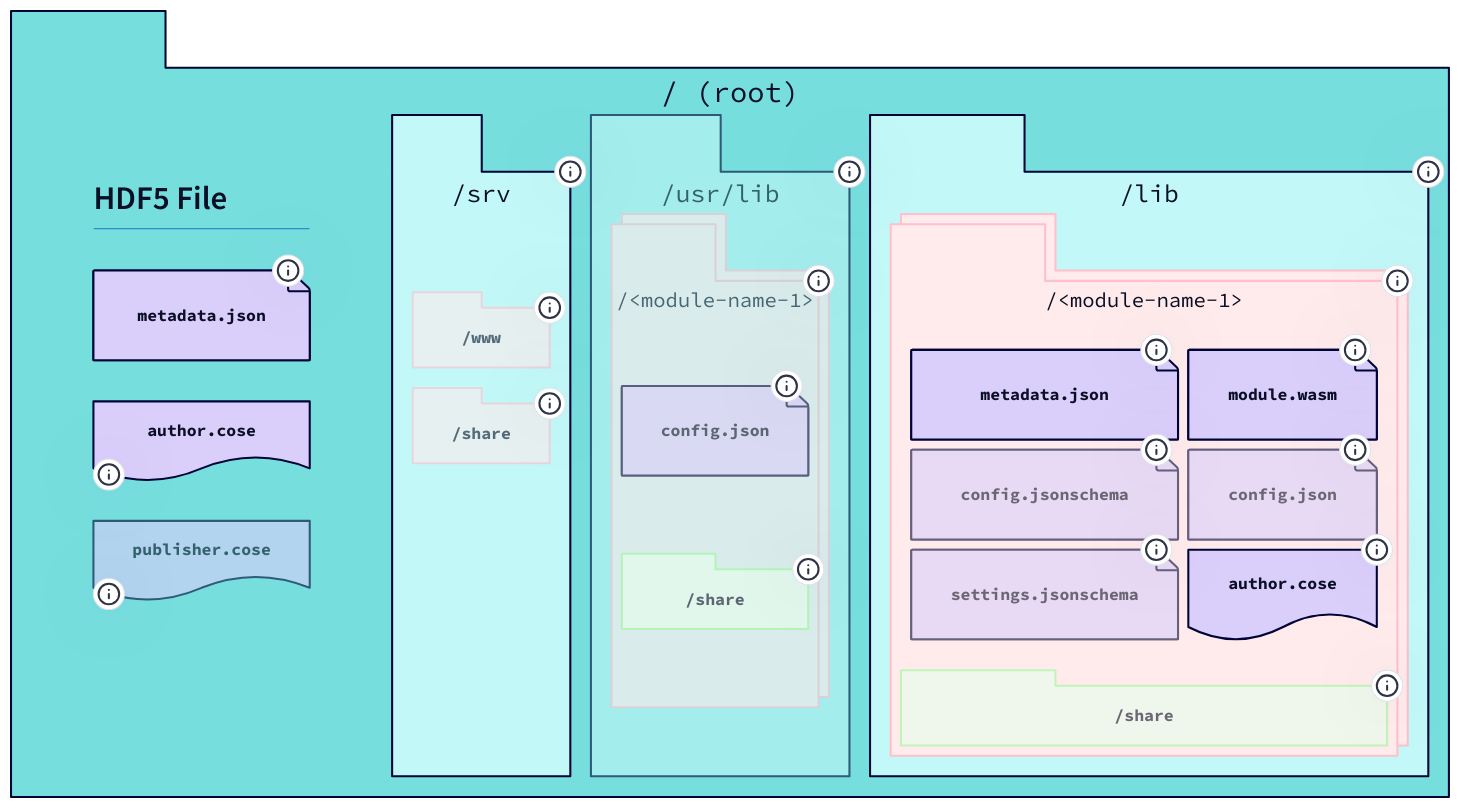
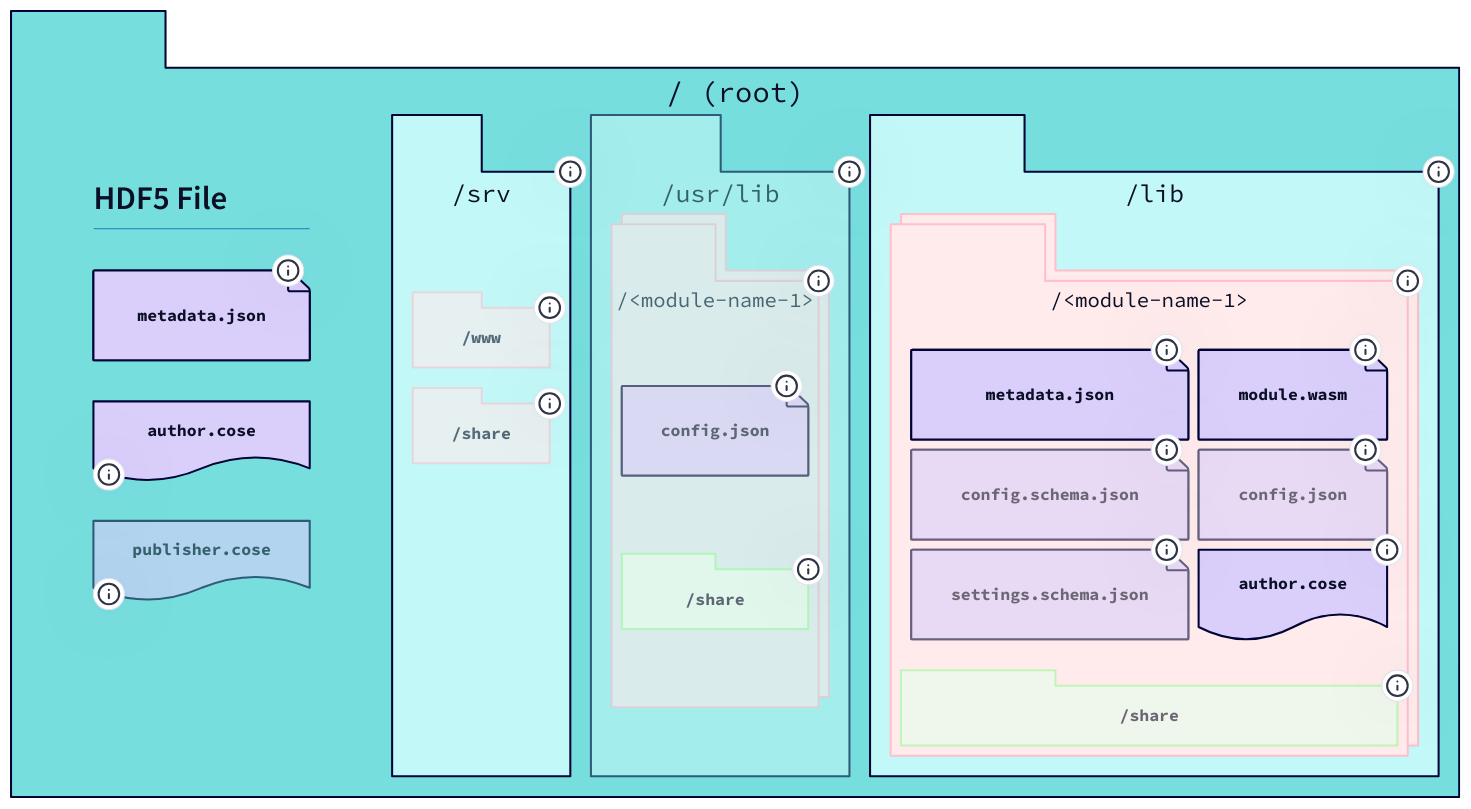
Before and after one commit to input-output-hk/hermes: the diagram in docs/src/architecture/08_concepts/hermes_packaging_requirements/images/application_package_hierarchy.d2, drawn with D2. The commit also changed 5 other files, not shown here.

Commit message:
docs(docs): Include json schemas and examples in docs and fix up references to them.

```diff
--- a/docs/src/architecture/08_concepts/hermes_packaging_requirements/images/application_package_hierarchy.d2
+++ b/docs/src/architecture/08_concepts/hermes_packaging_requirements/images/application_package_hierarchy.d2
@@ -306,7 +306,7 @@
         }
         component config jsonschema object: {
           shape: page
-          label: config.jsonschema
+          label: config.schema.json
           style: {
             opacity: 0.6
             font: mono
@@ -329,12 +329,12 @@
 
             Modules runtime config file.
 
-            MUST Exist if `config.jsonschema` exists.
+            MUST Exist if `config.schema.json` exists.
           |
         }
         component settings jsonschema object: {
           shape: page
-          label: settings.jsonschema
+          label: settings.schema.json
           style: {
             opacity: 0.6
             font: mono
```
